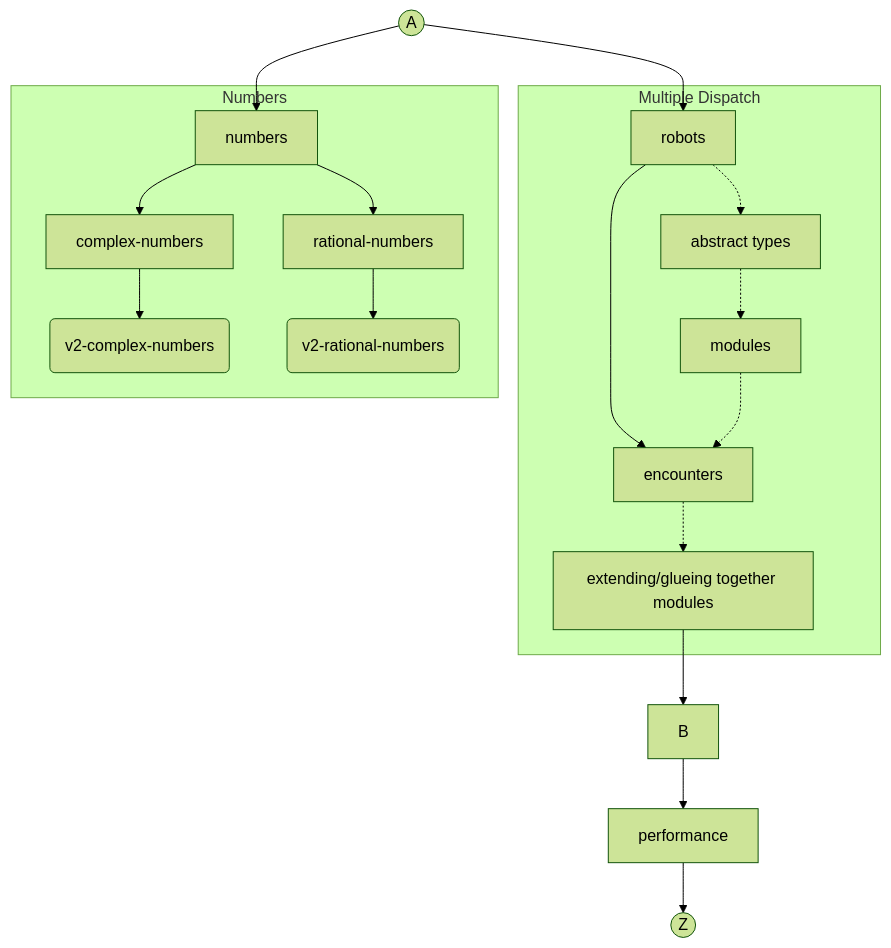
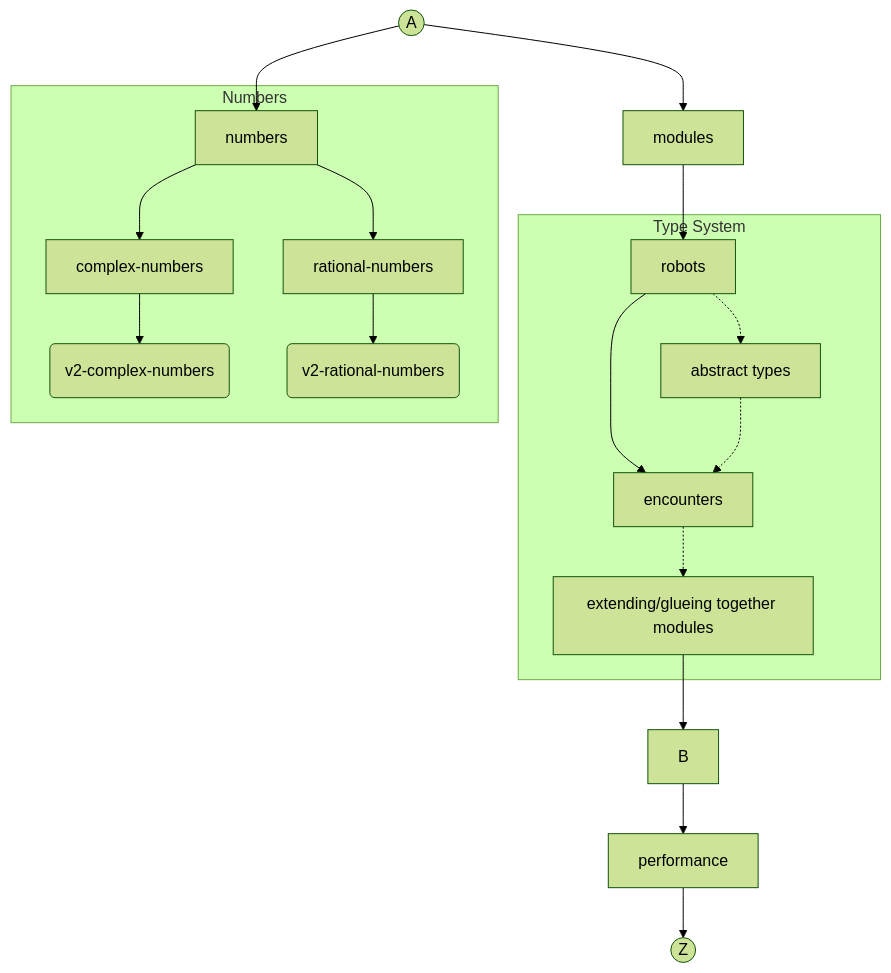
The diagram in languages/julia/reference/progression.md (exercism/v3), drawn with Mermaid (forest theme) before and after one commit.

Commit message:
[Julia] Change modules in progression plan

````diff
--- a/languages/julia/reference/progression.md
+++ b/languages/julia/reference/progression.md
@@ -5,23 +5,25 @@
 ```mermaid
 graph TD
-A((A)) --> robots
-subgraph Multiple Dispatch
+
+A((A)) --> modules
+
+modules --> robots
+subgraph Type System
 	robots --> encounters
 	robots -.-> abstract-types
-	abstract-types[abstract types] -.-> modules
-	modules -.-> encounters
+	abstract-types[abstract types] -.-> encounters
 	encounters -.-> extension[extending/glueing together modules]
 end
 extension --> B
 B --> performance
 performance --> Z((Z))
 
 A((A)) --> numbers
 subgraph Numbers
 	numbers --> complex-numbers
 	numbers --> rational-numbers
 	
 	complex-numbers --> v2-complex-numbers(v2-complex-numbers)
 	rational-numbers --> v2-rational-numbers(v2-rational-numbers)
 end
 ```
````
